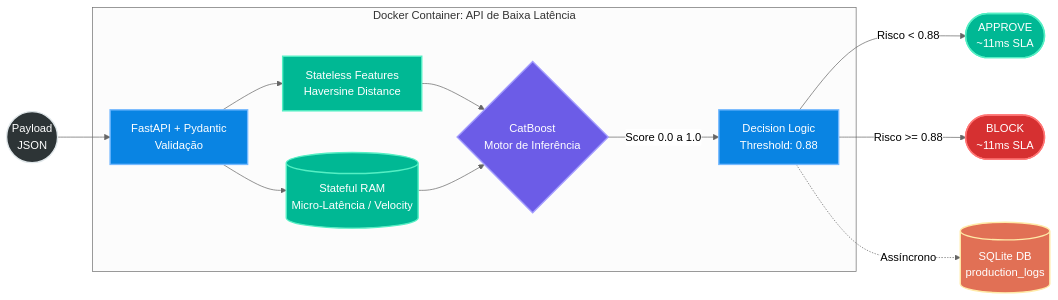
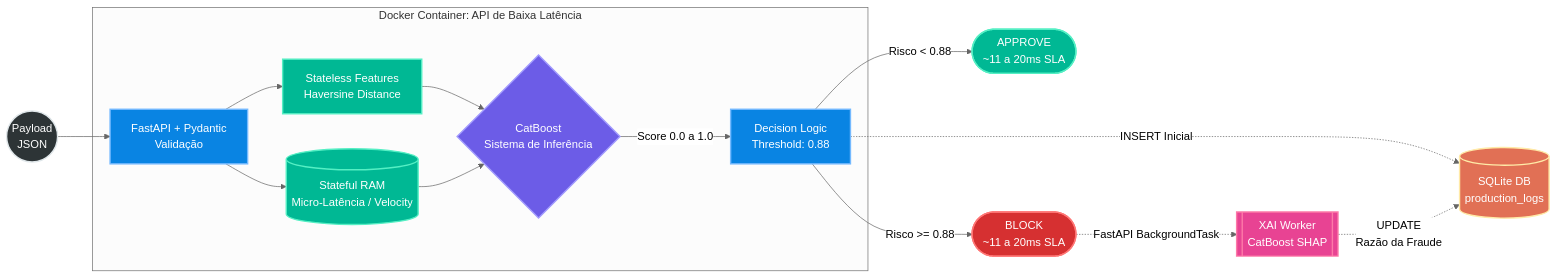
One commit to ArandaBM/Sistema-de-Prevencao-de-Fraudes-de-Baixa-Latencia-Otimizado-para-ROI changed the diagram in README.md. Above: the diagram before and after it, drawn with Mermaid (neutral theme). The commit also changed other lines of this file and 2 other files, not shown here.

Commit message:
feat: implement XAI worker with SHAP integration and add production stream simulation pipeline

````diff
--- a/README.md
+++ b/README.md
@@ -12,26 +12,30 @@
 ```mermaid
 graph LR
     classDef input fill:#2d3436,stroke:#dfe6e9,stroke-width:2px,color:#fff;
     classDef api fill:#0984e3,stroke:#74b9ff,stroke-width:2px,color:#fff;
     classDef feat fill:#00b894,stroke:#55efc4,stroke-width:2px,color:#fff;
     classDef model fill:#6c5ce7,stroke:#a29bfe,stroke-width:2px,color:#fff;
     classDef db fill:#e17055,stroke:#ffeaa7,stroke-width:2px,color:#fff;
     classDef block fill:#d63031,stroke:#ff7675,stroke-width:2px,color:#fff;
+    classDef xai fill:#e84393,stroke:#fd79a8,stroke-width:2px,color:#fff;
 
     A((Payload<br>JSON)):::input --> B[FastAPI + Pydantic<br>Validação]:::api
 
     subgraph "Docker Container: API de Baixa Latência"
         B --> C[Stateless Features<br>Haversine Distance]:::feat
         B --> D[(Stateful RAM<br>Micro-Latência / Velocity)]:::feat
         
-        C --> E{CatBoost<br>Motor de Inferência}:::model
+        C --> E{CatBoost<br>Sistema de Inferência}:::model
         D --> E
         
         E -->|Score 0.0 a 1.0| F[Decision Logic<br>Threshold: 0.88]:::api
     end
 
-    F -->|Risco < 0.88| G([APPROVE<br>~11ms SLA]):::feat
-    F -->|Risco >= 0.88| H([BLOCK<br>~11ms SLA]):::block
+    F -->|Risco < 0.88| G([APPROVE<br>~11 a 20ms SLA]):::feat
+    F -->|Risco >= 0.88| H([BLOCK<br>~11 a 20ms SLA]):::block
     
-    F -.->|Assíncrono| I[(SQLite DB<br>production_logs)]:::db
+    F -.->|INSERT Inicial| I[(SQLite DB<br>production_logs)]:::db
+    
+    H -.->|FastAPI BackgroundTask| J[[XAI Worker<br>CatBoost SHAP]]:::xai
+    J -.->|UPDATE<br>Razão da Fraude| I
 ```
````
